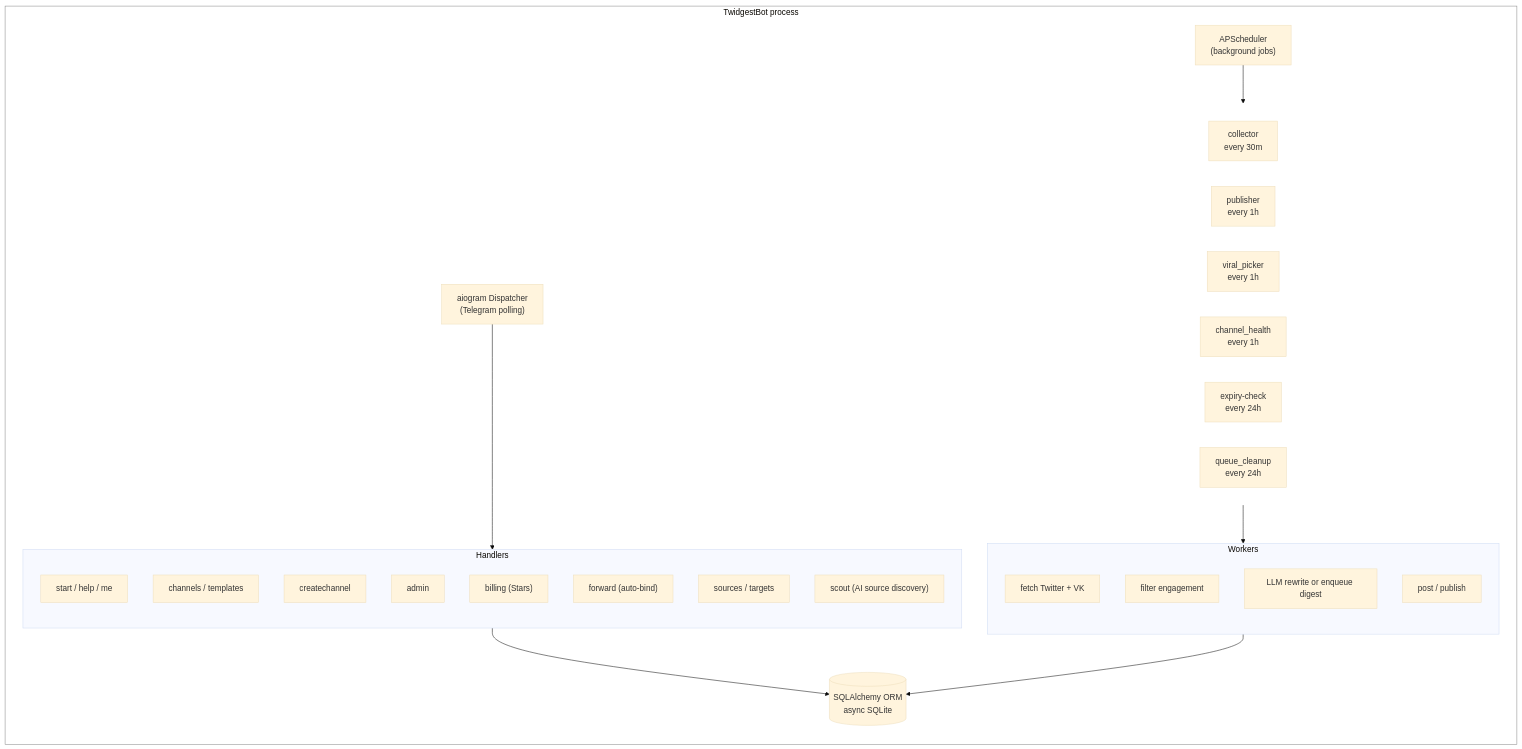
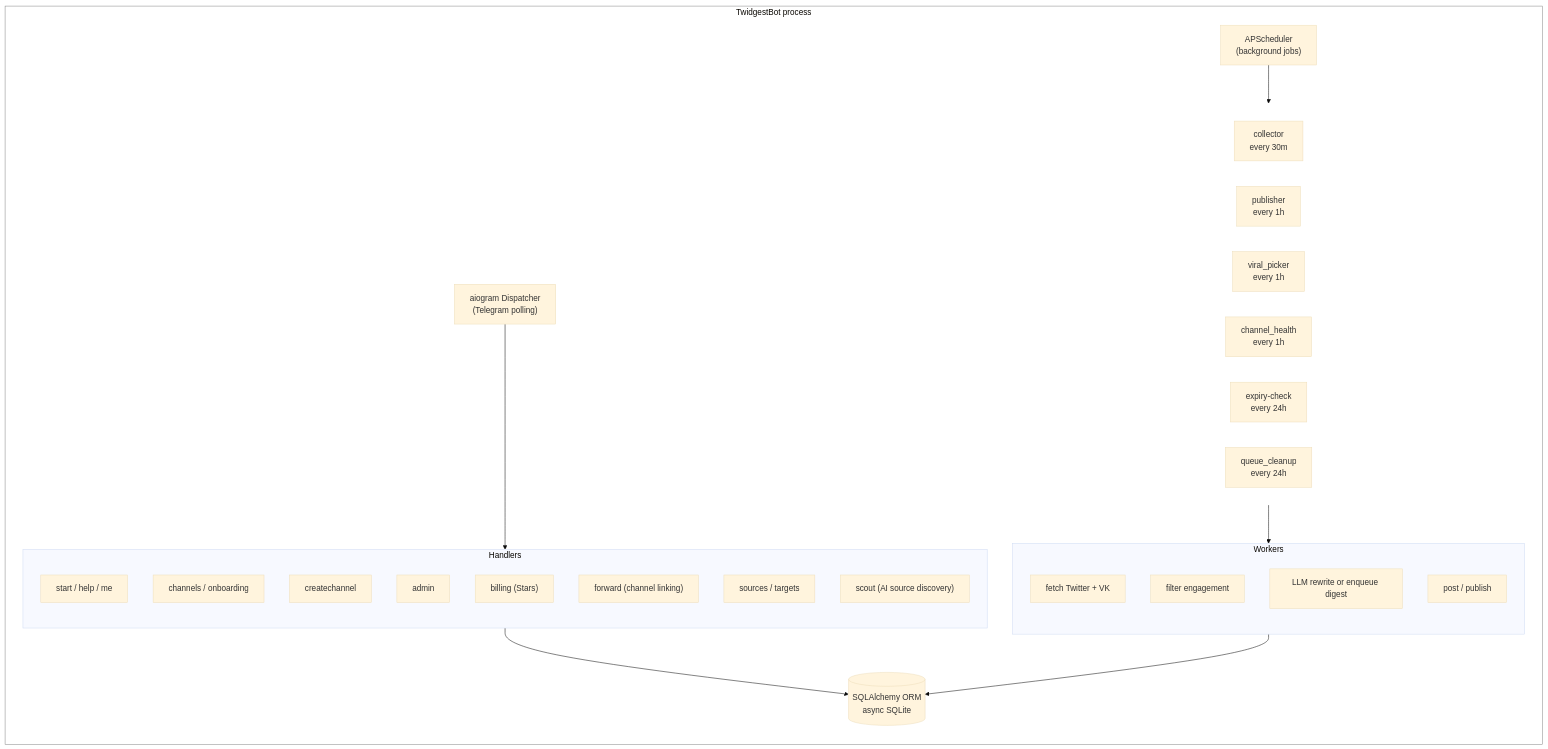
Before and after one commit to kelbic/twidgest-bot: the diagram in README.md, drawn with Mermaid (base theme). The commit also changed other lines of this file and 19 other files, not shown here.

````diff
--- a/README.md
+++ b/README.md
@@ -42,49 +42,49 @@
 ```mermaid
 flowchart TB
     subgraph Process["TwidgestBot process"]
         direction TB
         Dispatcher["aiogram Dispatcher<br/>(Telegram polling)"]
         Scheduler["APScheduler<br/>(background jobs)"]
 
         subgraph Jobs[" "]
             direction LR
             Collector["collector<br/>every 30m"]
             Publisher["publisher<br/>every 1h"]
             ViralPicker["viral_picker<br/>every 1h"]
             ChannelHealth["channel_health<br/>every 1h"]
             Expiry["expiry-check<br/>every 24h"]
             Cleanup["queue_cleanup<br/>every 24h"]
         end
 
         subgraph Handlers["Handlers"]
             direction TB
             H1["start / help / me"]
-            H2["channels / templates"]
+            H2["channels / onboarding"]
             H3["createchannel"]
             H4["admin"]
             H5["billing (Stars)"]
-            H6["forward (auto-bind)"]
+            H6["forward (channel linking)"]
             H7["sources / targets"]
             H8["scout (AI source discovery)"]
         end
 
         subgraph Workers["Workers"]
             direction TB
             W1["fetch Twitter + VK"]
             W2["filter engagement"]
             W3["LLM rewrite or enqueue digest"]
             W4["post / publish"]
         end
 
         DB[("SQLAlchemy ORM<br/>async SQLite")]
 
         Dispatcher --> Handlers
         Scheduler --> Jobs
         Jobs --> Workers
         Handlers --> DB
         Workers --> DB
     end
 
     style Process fill:transparent,stroke:#888
     style Jobs fill:transparent,stroke:none
 ```
````
